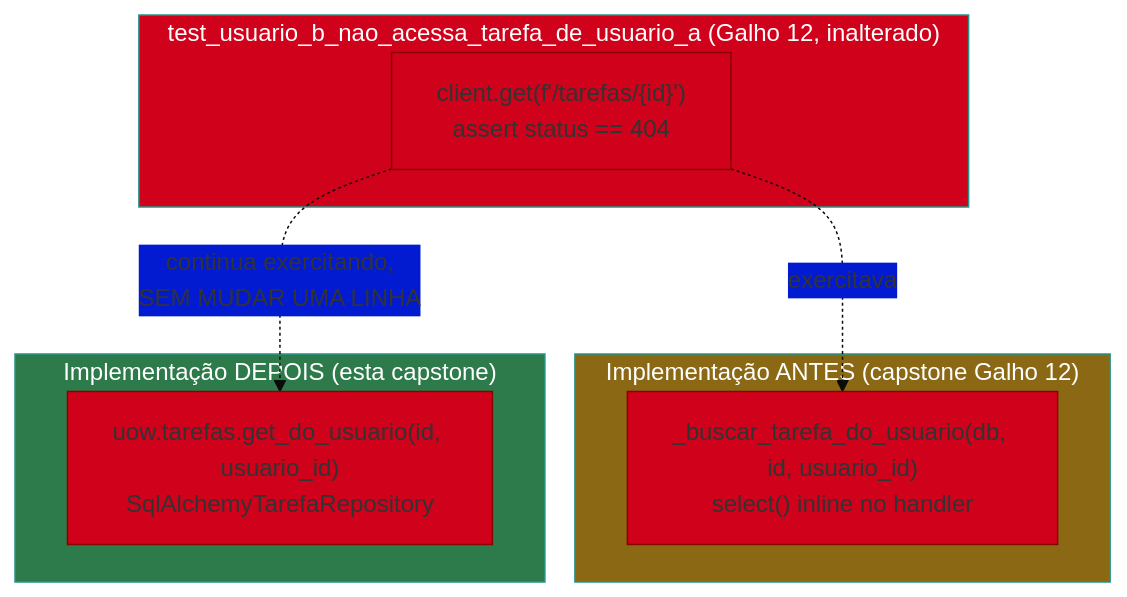
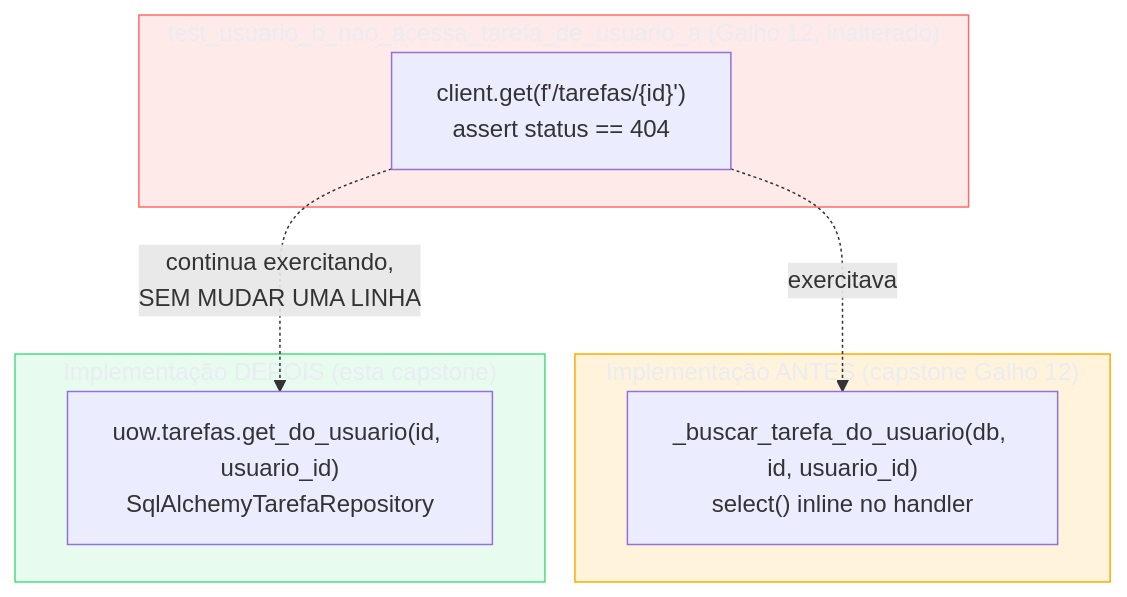
The fourth of 4 diagrams in 03-Dominios/Tecnologia/Python/Arquitetura e Design Patterns/08 - Capstone — refatorando a API de Tarefas pra arquitetura hexagonal.md (josenaldo/codex-technomanticus), drawn with Mermaid before and after one commit. The commit also changed other lines of this file and 1181 other files, not shown here.

First line of the commit message:
fix(diagramas): paleta do sistema no lugar de cor cravada no markdown

````diff
--- a/03-Dominios/Tecnologia/Python/Arquitetura e Design Patterns/08 - Capstone — refatorando a API de Tarefas pra arquitetura hexagonal.md
+++ b/03-Dominios/Tecnologia/Python/Arquitetura e Design Patterns/08 - Capstone — refatorando a API de Tarefas pra arquitetura hexagonal.md
@@ -660,22 +667,24 @@
 ```mermaid
-%%{init: {"theme": "base", "themeVariables": {"primaryColor": "#D0021B", "primaryBorderColor": "#8B0000"}}}%%
 flowchart TB
+    classDef falha fill:#FF6B6B24,stroke:#FF6B6B,color:#E9ECF2
+    classDef destaque fill:#FFAA0024,stroke:#FFAA00,color:#E9ECF2
+    classDef ok fill:#4ADE8021,stroke:#4ADE80,color:#E9ECF2
     subgraph Teste["test_usuario_b_nao_acessa_tarefa_de_usuario_a (Galho 12, inalterado)"]
         T["client.get(f'/tarefas/{id}')\nassert status == 404"]
     end
 
     subgraph Antes["Implementação ANTES (capstone Galho 12)"]
         A["_buscar_tarefa_do_usuario(db, id, usuario_id)\nselect() inline no handler"]
     end
 
     subgraph Depois["Implementação DEPOIS (esta capstone)"]
         D["uow.tarefas.get_do_usuario(id, usuario_id)\nSqlAlchemyTarefaRepository"]
     end
 
     T -.->|"exercitava"| A
     T -.->|"continua exercitando,\nSEM MUDAR UMA LINHA"| D
 
-    style Teste fill:#D0021B,color:#fff
-    style Antes fill:#8b6914,color:#fff
-    style Depois fill:#2d7a4a,color:#fff
+    class Teste falha
+    class Antes destaque
+    class Depois ok
 ```
````
